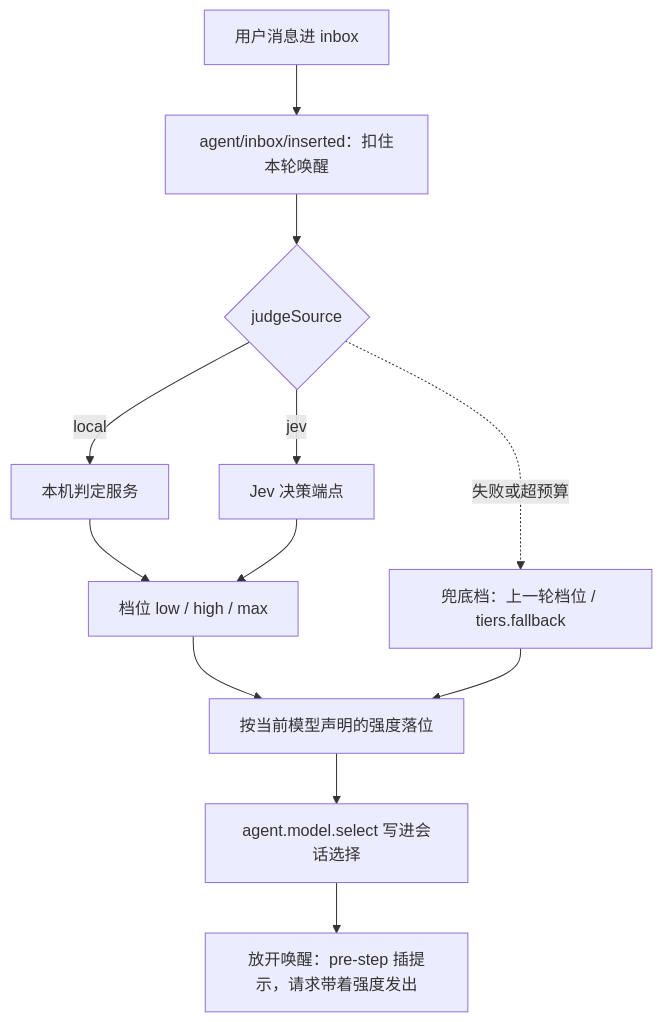
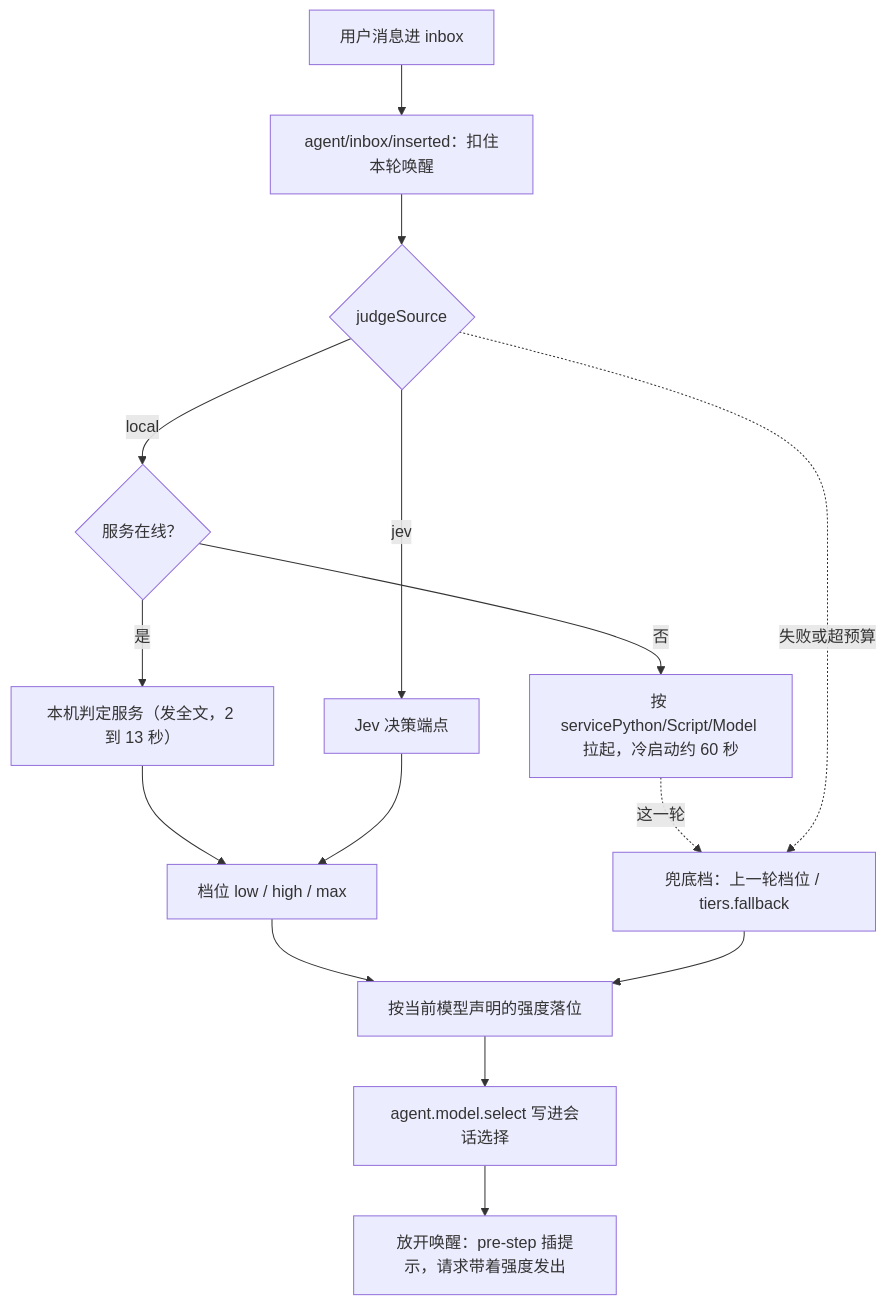
Before and after one commit to Hakutaku-02/dsh-effort-router: the diagram in README.md, drawn with Mermaid. The commit also changed other lines of this file and 3 other files, not shown here.

````diff
--- a/README.md
+++ b/README.md
@@ -44,14 +44,17 @@
 ```mermaid
 flowchart TD
   A["用户消息进 inbox"] --> B["agent/inbox/inserted：扣住本轮唤醒"]
   B --> C{"judgeSource"}
-  C -->|local| D["本机判定服务"]
+  C -->|local| L{"服务在线？"}
+  L -->|否| M["按 servicePython/Script/Model 拉起，冷启动约 60 秒"]
+  L -->|是| D["本机判定服务（发全文，2 到 13 秒）"]
+  M -.->|这一轮| G
   C -->|jev| E["Jev 决策端点"]
   D --> F["档位 low / high / max"]
   E --> F
   C -.->|失败或超预算| G["兜底档：上一轮档位 / tiers.fallback"]
   F --> H["按当前模型声明的强度落位"]
   G --> H
   H --> I["agent.model.select 写进会话选择"]
   I --> J["放开唤醒：pre-step 插提示，请求带着强度发出"]
 ```
````
